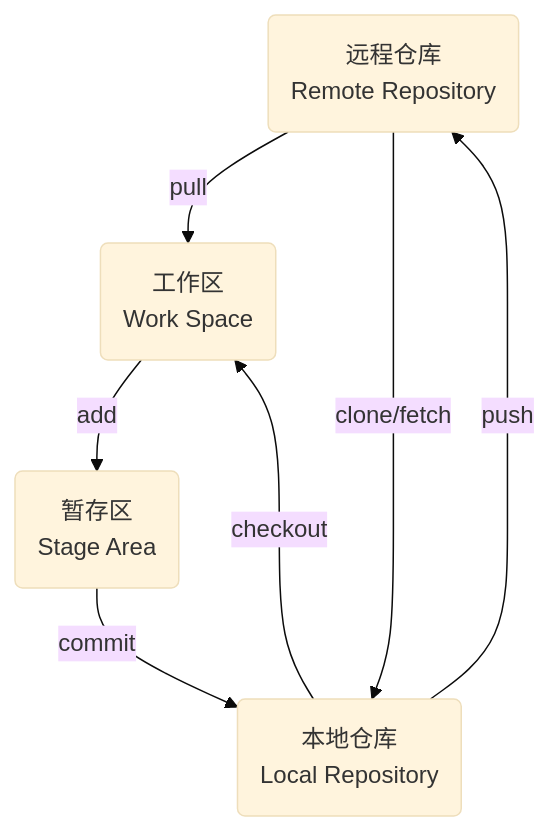
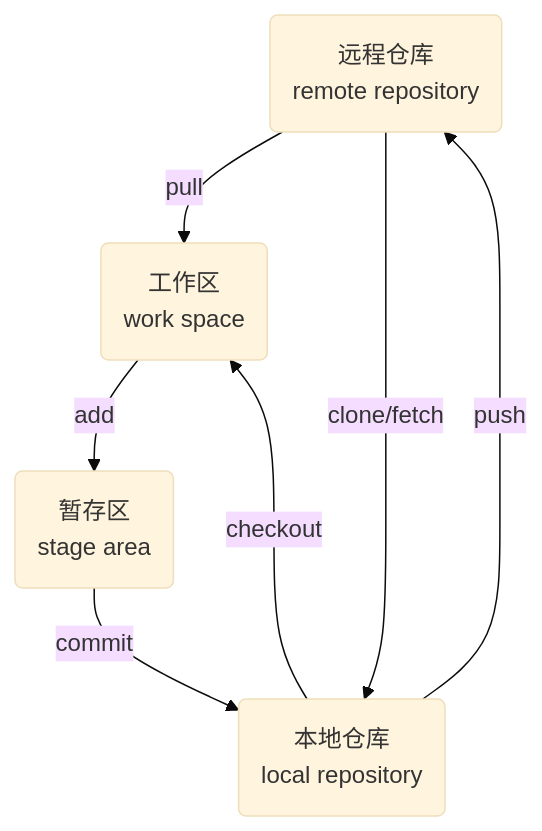
One commit to dmjcb/dmjcb.github.io changed the first of 14 diagrams in _posts/software/git/2024-09-24-命令.md. Above: the diagram before and after it, drawn with Mermaid (base theme). The commit also changed other lines of this file and 165 other files, not shown here.

````diff
--- a/_posts/software/git/2024-09-24-命令.md
+++ b/_posts/software/git/2024-09-24-命令.md
@@ -14,14 +14,14 @@
 ```mermaid
 graph TB;
-    R(远程仓库<br>Remote Repository)
-    L(本地仓库<br>Local Repository)
-    S(暂存区<br>Stage Area)
-    W(工作区<br>Work Space)
+    R(远程仓库<br>remote repository)
+    L(本地仓库<br>local repository)
+    S(暂存区<br>stage area)
+    W(工作区<br>work space)
 
     W--add-->S
     S--commit-->L
     L--push-->R
     R--pull-->W
     R--clone/fetch-->L
     L--checkout-->W
 ```
````
